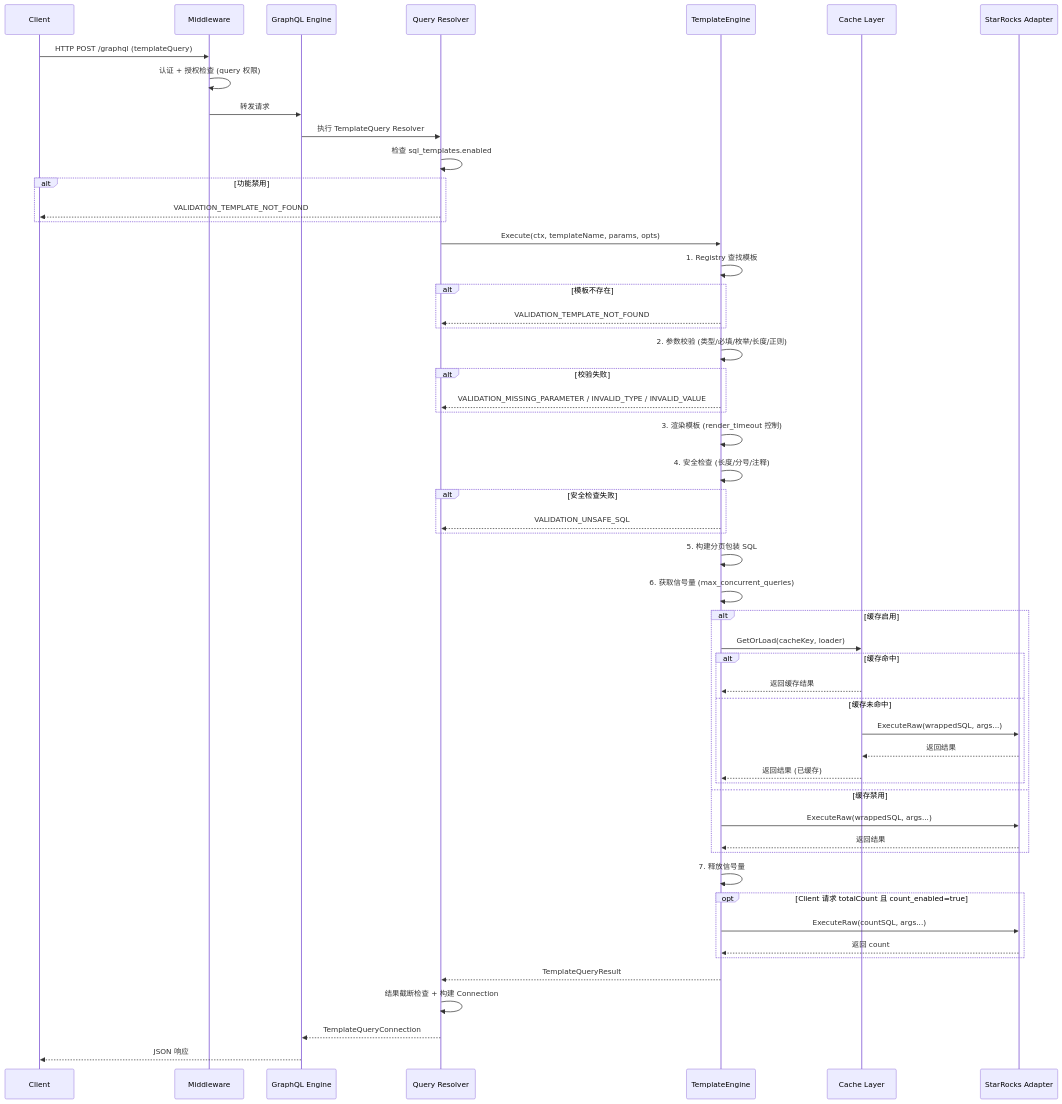
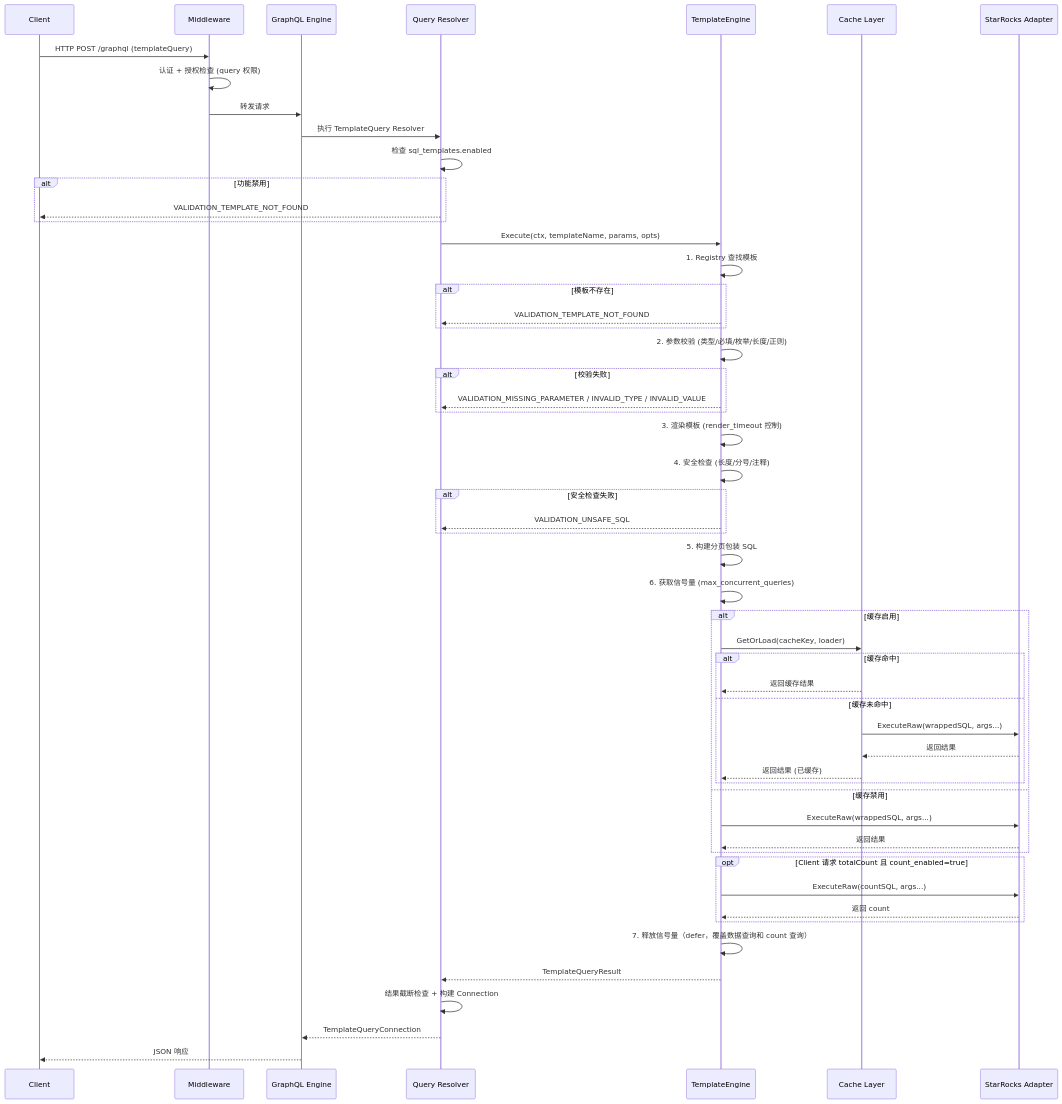
The first of 2 diagrams in .kiro/specs/sql-template-engine/design.md (michaelwang123/mountainKing), drawn with Mermaid before and after one commit. The commit also changed other lines of this file and 1 other file, not shown here.

````diff
--- a/.kiro/specs/sql-template-engine/design.md
+++ b/.kiro/specs/sql-template-engine/design.md
@@ -61,66 +61,67 @@
 ```mermaid
 sequenceDiagram
     participant C as Client
     participant MW as Middleware
     participant GQL as GraphQL Engine
     participant QR as Query Resolver
     participant TE as TemplateEngine
     participant CL as Cache Layer
     participant SR as StarRocks Adapter
 
     C->>MW: HTTP POST /graphql (templateQuery)
     MW->>MW: 认证 + 授权检查 (query 权限)
     MW->>GQL: 转发请求
     GQL->>QR: 执行 TemplateQuery Resolver
 
     QR->>QR: 检查 sql_templates.enabled
     alt 功能禁用
         QR-->>C: VALIDATION_TEMPLATE_NOT_FOUND
     end
 
     QR->>TE: Execute(ctx, templateName, params, opts)
 
     TE->>TE: 1. Registry 查找模板
     alt 模板不存在
         TE-->>QR: VALIDATION_TEMPLATE_NOT_FOUND
     end
 
     TE->>TE: 2. 参数校验 (类型/必填/枚举/长度/正则)
     alt 校验失败
         TE-->>QR: VALIDATION_MISSING_PARAMETER / INVALID_TYPE / INVALID_VALUE
     end
 
     TE->>TE: 3. 渲染模板 (render_timeout 控制)
     TE->>TE: 4. 安全检查 (长度/分号/注释)
     alt 安全检查失败
         TE-->>QR: VALIDATION_UNSAFE_SQL
     end
 
     TE->>TE: 5. 构建分页包装 SQL
 
     TE->>TE: 6. 获取信号量 (max_concurrent_queries)
     alt 缓存启用
         TE->>CL: GetOrLoad(cacheKey, loader)
         alt 缓存命中
             CL-->>TE: 返回缓存结果
         else 缓存未命中
             CL->>SR: ExecuteRaw(wrappedSQL, args...)
             SR-->>CL: 返回结果
             CL-->>TE: 返回结果 (已缓存)
         end
     else 缓存禁用
         TE->>SR: ExecuteRaw(wrappedSQL, args...)
         SR-->>TE: 返回结果
     end
-    TE->>TE: 7. 释放信号量
 
     opt Client 请求 totalCount 且 count_enabled=true
         TE->>SR: ExecuteRaw(countSQL, args...)
         SR-->>TE: 返回 count
     end
 
+    TE->>TE: 7. 释放信号量（defer，覆盖数据查询和 count 查询）
+
     TE-->>QR: TemplateQueryResult
     QR->>QR: 结果截断检查 + 构建 Connection
     QR-->>GQL: TemplateQueryConnection
     GQL-->>C: JSON 响应
 ```
````
